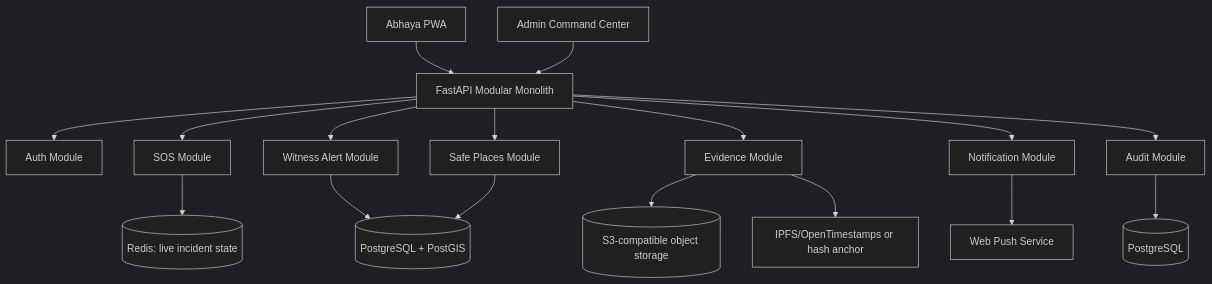
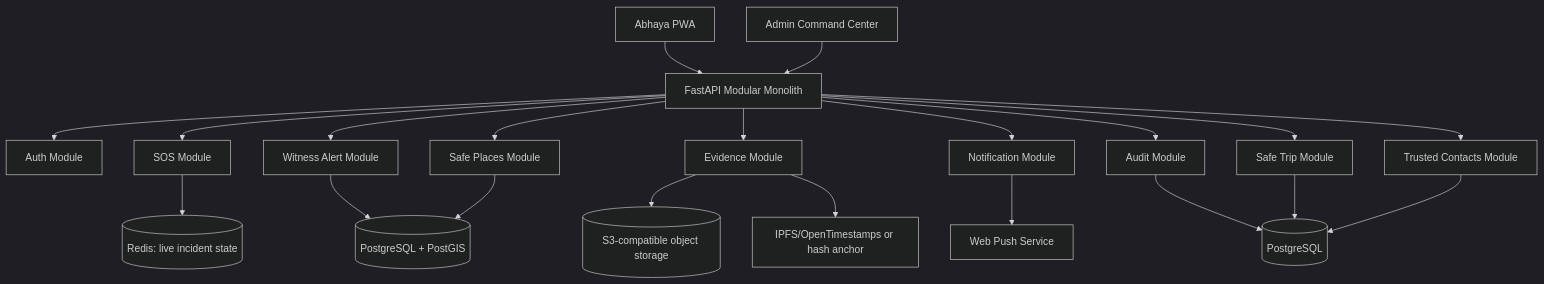
Before and after one commit to charanreddy-21/Abhaya: the first of 2 diagrams in README.md, drawn with Mermaid (dark theme). The commit also changed other lines of this file, not shown here.

Commit message:
Update Abhaya architecture and design system

````diff
--- a/README.md
+++ b/README.md
@@ -104,21 +104,25 @@
 ```mermaid
 flowchart TD
     UserPWA[Abhaya PWA] --> API[FastAPI Modular Monolith]
     AdminWeb[Admin Command Center] --> API
 
     API --> Auth[Auth Module]
     API --> SOS[SOS Module]
     API --> Witness[Witness Alert Module]
     API --> Evidence[Evidence Module]
     API --> SafePlaces[Safe Places Module]
     API --> Notifications[Notification Module]
     API --> Audit[Audit Module]
+    API --> SafeTrip[Safe Trip Module]
+    API --> Contacts[Trusted Contacts Module]
 
     SOS --> Redis[(Redis: live incident state)]
     Witness --> PostGIS[(PostgreSQL + PostGIS)]
     Evidence --> ObjectStore[(S3-compatible object storage)]
     Evidence --> Ledger[IPFS/OpenTimestamps or hash anchor]
     Audit --> Postgres[(PostgreSQL)]
     SafePlaces --> PostGIS
+    SafeTrip --> Postgres
+    Contacts --> Postgres
     Notifications --> Push[Web Push Service]
 ```
````
